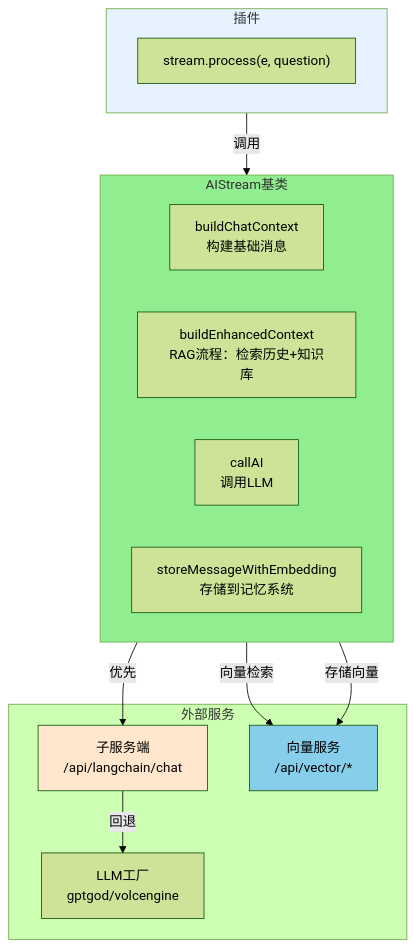
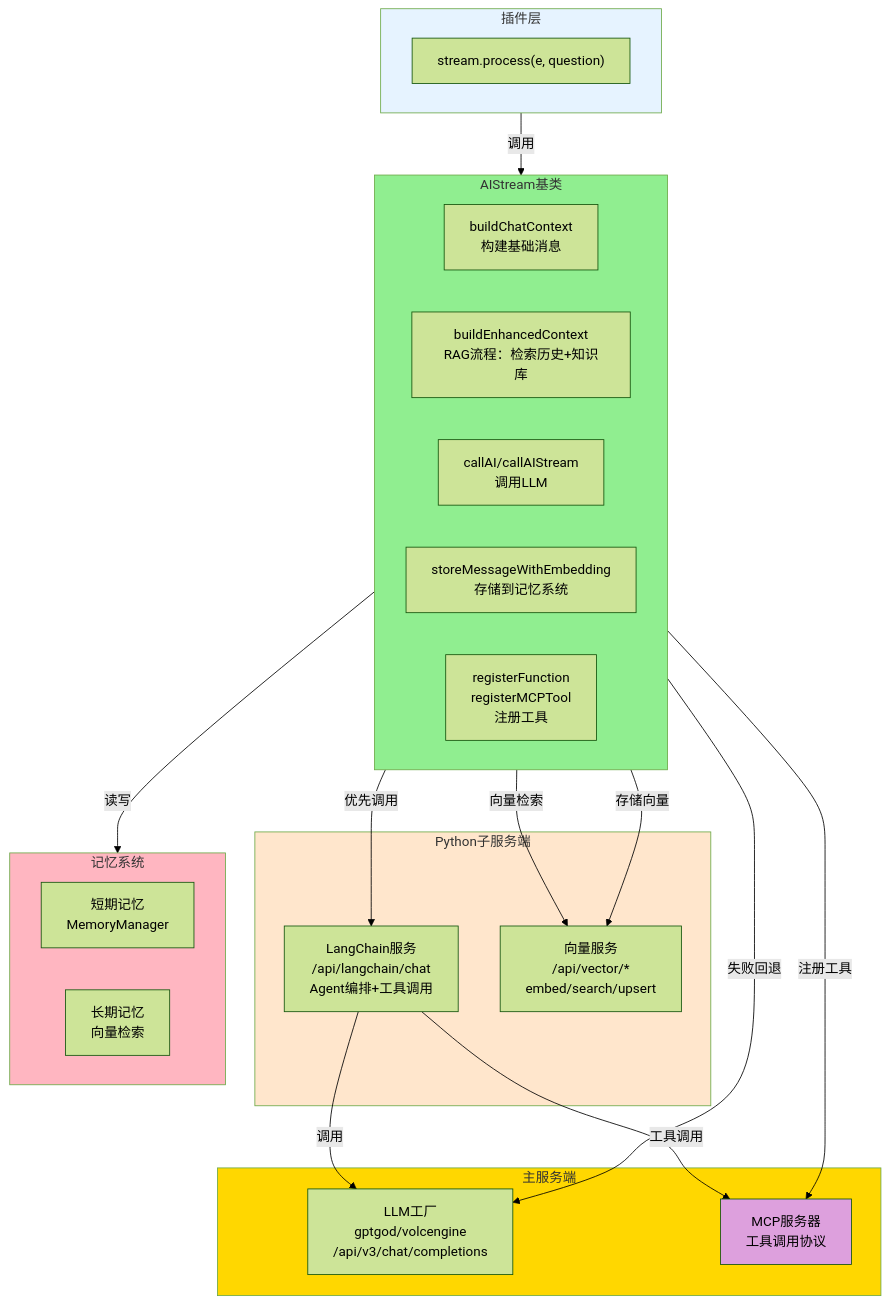
The first of 5 diagrams in docs/aistream.md (sunflowermm/XRK-AGT), drawn with Mermaid (forest theme) before and after one commit. The commit also changed other lines of this file and 27 other files, not shown here.

````diff
--- a/docs/aistream.md
+++ b/docs/aistream.md
@@ -24,30 +26,46 @@
 ```mermaid
 flowchart TB
-    subgraph Plugin["插件"]
+    subgraph Plugin["插件层"]
         Call["stream.process(e, question)"]
     end
     
     subgraph AIStream["AIStream基类"]
         BuildCtx["buildChatContext<br/>构建基础消息"]
         Enhance["buildEnhancedContext<br/>RAG流程：检索历史+知识库"]
-        CallAI["callAI<br/>调用LLM"]
+        CallAI["callAI/callAIStream<br/>调用LLM"]
         Store["storeMessageWithEmbedding<br/>存储到记忆系统"]
+        Register["registerFunction<br/>registerMCPTool<br/>注册工具"]
     end
     
-    subgraph Services["外部服务"]
-        Subserver["子服务端<br/>/api/langchain/chat"]
-        LLMFactory["LLM工厂<br/>gptgod/volcengine"]
-        Vector["向量服务<br/>/api/vector/*"]
+    subgraph Subserver["Python子服务端"]
+        LangChain["LangChain服务<br/>/api/langchain/chat<br/>Agent编排+工具调用"]
+        VectorAPI["向量服务<br/>/api/vector/*<br/>embed/search/upsert"]
+    end
+    
+    subgraph MainServer["主服务端"]
+        LLMFactory["LLM工厂<br/>gptgod/volcengine<br/>/api/v3/chat/completions"]
+        MCP["MCP服务器<br/>工具调用协议"]
+    end
+    
+    subgraph Memory["记忆系统"]
+        ShortTerm["短期记忆<br/>MemoryManager"]
+        LongTerm["长期记忆<br/>向量检索"]
     end
     
     Plugin -->|调用| AIStream
-    AIStream -->|优先| Subserver
-    Subserver -->|回退| LLMFactory
-    AIStream -->|向量检索| Vector
-    AIStream -->|存储向量| Vector
+    AIStream -->|优先调用| LangChain
+    LangChain -->|调用| LLMFactory
+    LangChain -->|工具调用| MCP
+    AIStream -->|失败回退| LLMFactory
+    AIStream -->|向量检索| VectorAPI
+    AIStream -->|存储向量| VectorAPI
+    AIStream -->|注册工具| MCP
+    AIStream -->|读写| Memory
     
     style Plugin fill:#E6F3FF
     style AIStream fill:#90EE90
     style Subserver fill:#FFE6CC
-    style Vector fill:#87CEEB
+    style MainServer fill:#FFD700
+    style Memory fill:#FFB6C1
+    style MCP fill:#DDA0DD
 ```
````
